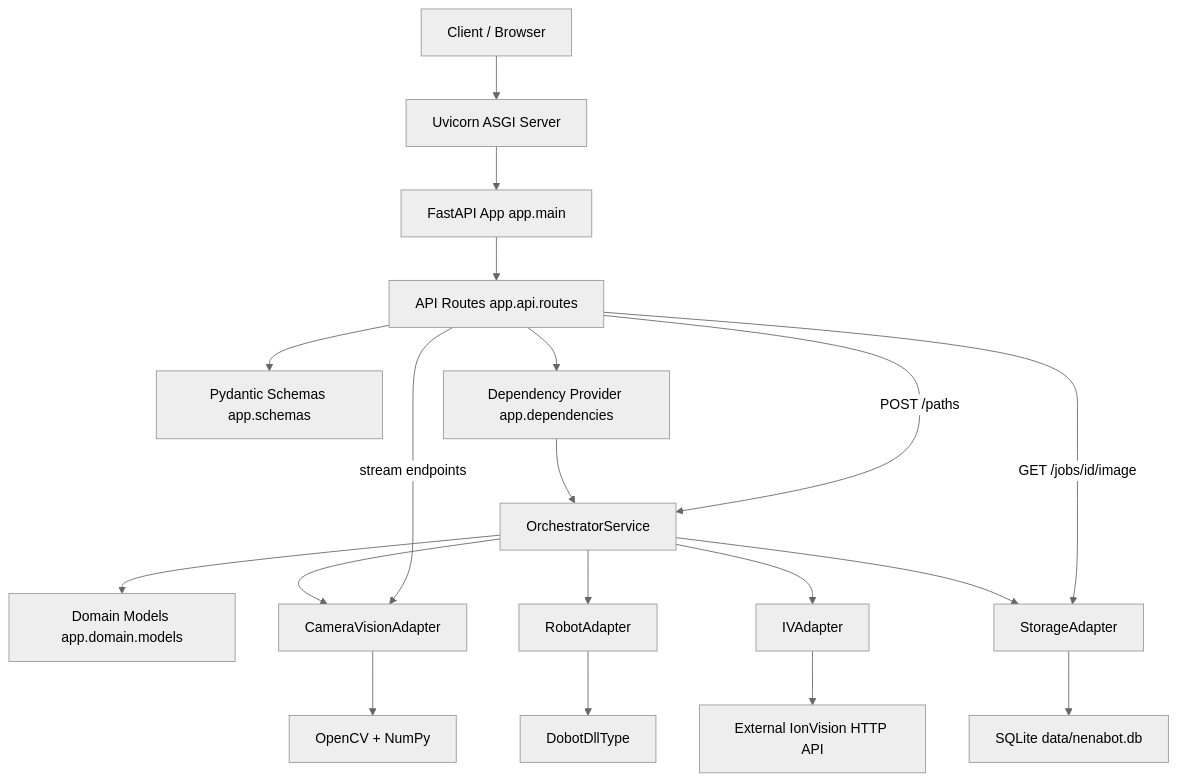
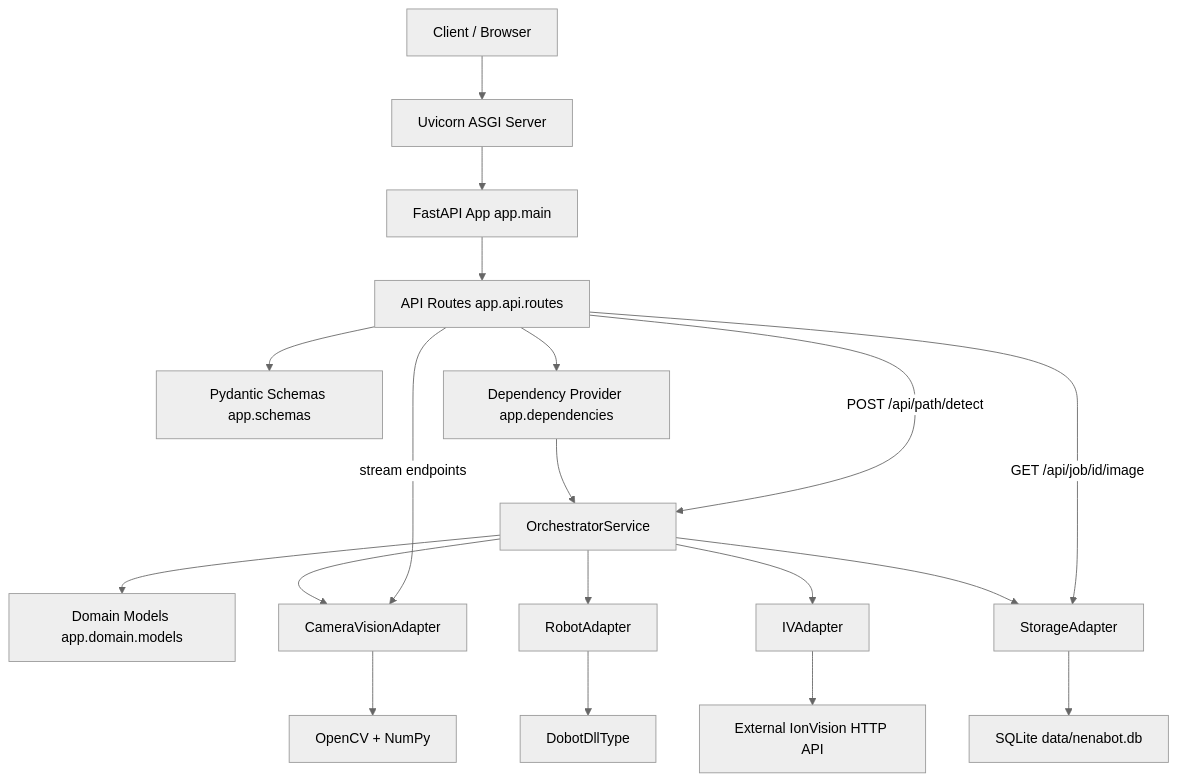
Before and after one commit to NenaBot/nenabot-backend: the diagram in docs/architecture-overview.md, drawn with Mermaid (neutral theme). The commit also changed other lines of this file and 5 other files, not shown here.

````diff
--- a/docs/architecture-overview.md
+++ b/docs/architecture-overview.md
@@ -106,25 +105,25 @@
 ```mermaid
 graph TD
     Client[Client / Browser] --> Uvicorn[Uvicorn ASGI Server]
     Uvicorn --> App[FastAPI App app.main]
     App --> Routes[API Routes app.api.routes]
 
     Routes --> Schemas[Pydantic Schemas app.schemas]
     Routes --> DI[Dependency Provider app.dependencies]
     DI --> Service[OrchestratorService]
 
     Service --> Domain[Domain Models app.domain.models]
     Service --> Camera[CameraVisionAdapter]
     Service --> Robot[RobotAdapter]
     Service --> IV[IVAdapter]
     Service --> Storage[StorageAdapter]
 
     Camera --> OpenCV[OpenCV + NumPy]
     Robot --> Dobot[DobotDllType]
     IV --> IVAPI[External IonVision HTTP API]
     Storage --> SQLite[SQLite data/nenabot.db]
 
     Routes -->|stream endpoints| Camera
-    Routes -->|POST /paths| Service
-    Routes -->|GET /jobs/id/image| Storage
+    Routes -->|POST /api/path/detect| Service
+    Routes -->|GET /api/job/id/image| Storage
 ```
````
